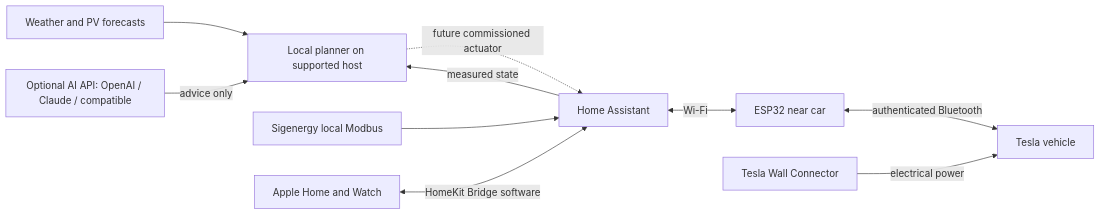
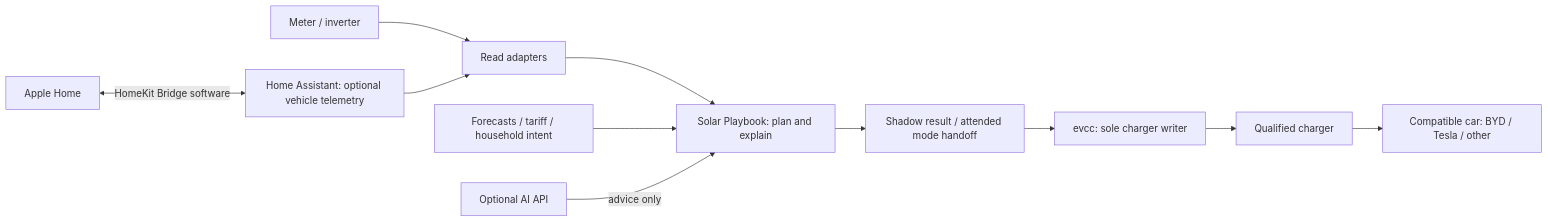
Before and after one commit to RADobson/solar-playbook: the diagram in README.md, drawn with Mermaid. The commit also changed other lines of this file and 4 other files, not shown here.

Commit message:
Update Solar Playbook to v0.2.0

````diff
--- a/README.md
+++ b/README.md
@@ -32,12 +34,13 @@
 ```mermaid
 flowchart LR
-  W[Weather and PV forecasts] --> P[Local planner on supported host]
-  O[Optional AI API: OpenAI / Claude / compatible] -->|advice only| P
-  S[Sigenergy local Modbus] --> H[Home Assistant]
-  H -->|measured state| P
-  P -. future commissioned actuator .-> H
-  A[Apple Home and Watch] <-->|HomeKit Bridge software| H
-  H <-->|Wi-Fi| E[ESP32 near car]
-  E <-->|authenticated Bluetooth| T[Tesla vehicle]
-  C[Tesla Wall Connector] -->|electrical power| T
+  M[Meter / inverter] --> R[Read adapters]
+  H[Home Assistant: optional vehicle telemetry] --> R
+  R --> P[Solar Playbook: plan and explain]
+  W[Forecasts / tariff / household intent] --> P
+  O[Optional AI API] -->|advice only| P
+  P --> S[Shadow result / attended mode handoff]
+  S --> E[evcc: sole charger writer]
+  E --> C[Qualified charger]
+  C --> V[Compatible car: BYD / Tesla / other]
+  A[Apple Home] <-->|HomeKit Bridge software| H
 ```
````
